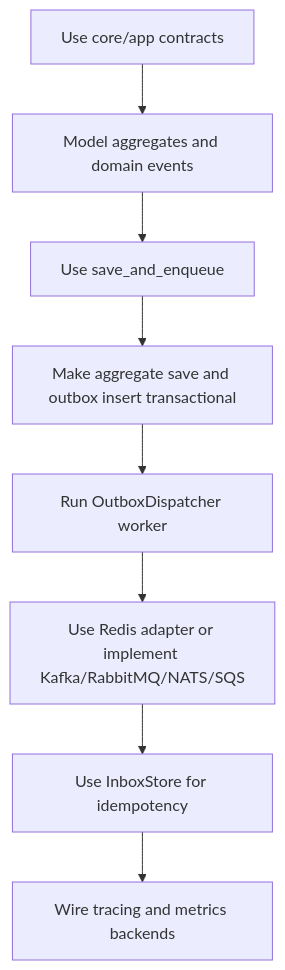
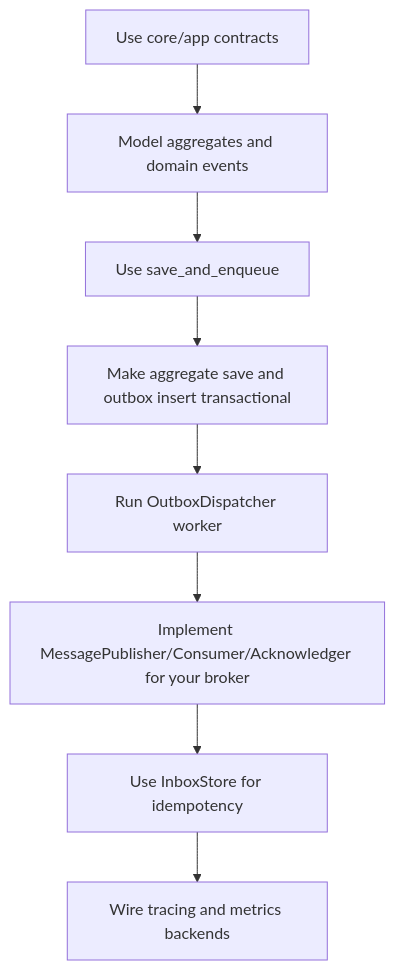
Before and after one commit to lisboaigor/pharos-rs: the eighth of 8 diagrams in docs/guide/architecture.md, drawn with Mermaid. The commit also changed other lines of this file and 19 other files, not shown here.

````diff
--- a/docs/guide/architecture.md
+++ b/docs/guide/architecture.md
@@ -210,19 +217,19 @@
 ```mermaid
 flowchart TD
     Start[Use core/app contracts]
     Domain[Model aggregates and domain events]
     Outbox[Use save_and_enqueue]
     Transaction[Make aggregate save and outbox insert transactional]
     Dispatcher[Run OutboxDispatcher worker]
-    Broker[Use Redis adapter or implement Kafka/RabbitMQ/NATS/SQS]
+    Broker[Implement MessagePublisher/Consumer/Acknowledger for your broker]
     Consumer[Use InboxStore for idempotency]
     Observe[Wire tracing and metrics backends]
 
     Start --> Domain
     Domain --> Outbox
     Outbox --> Transaction
     Transaction --> Dispatcher
     Dispatcher --> Broker
     Broker --> Consumer
     Consumer --> Observe
 ```
````
